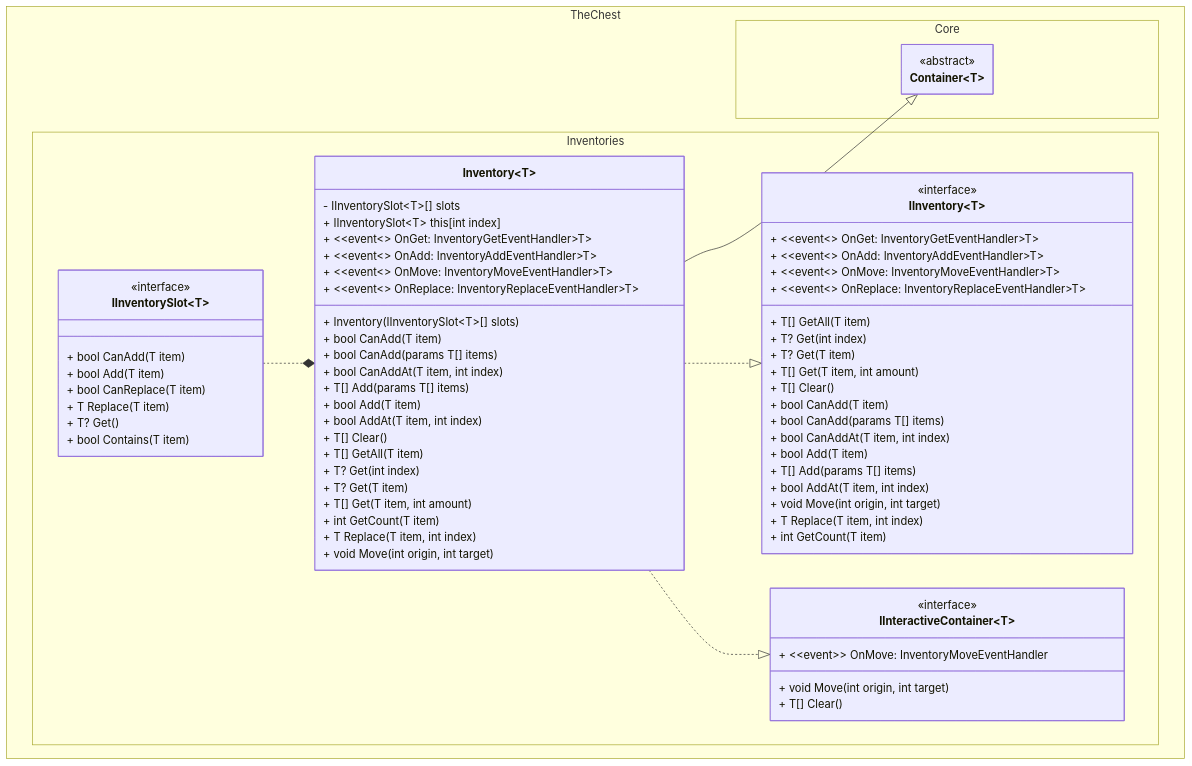
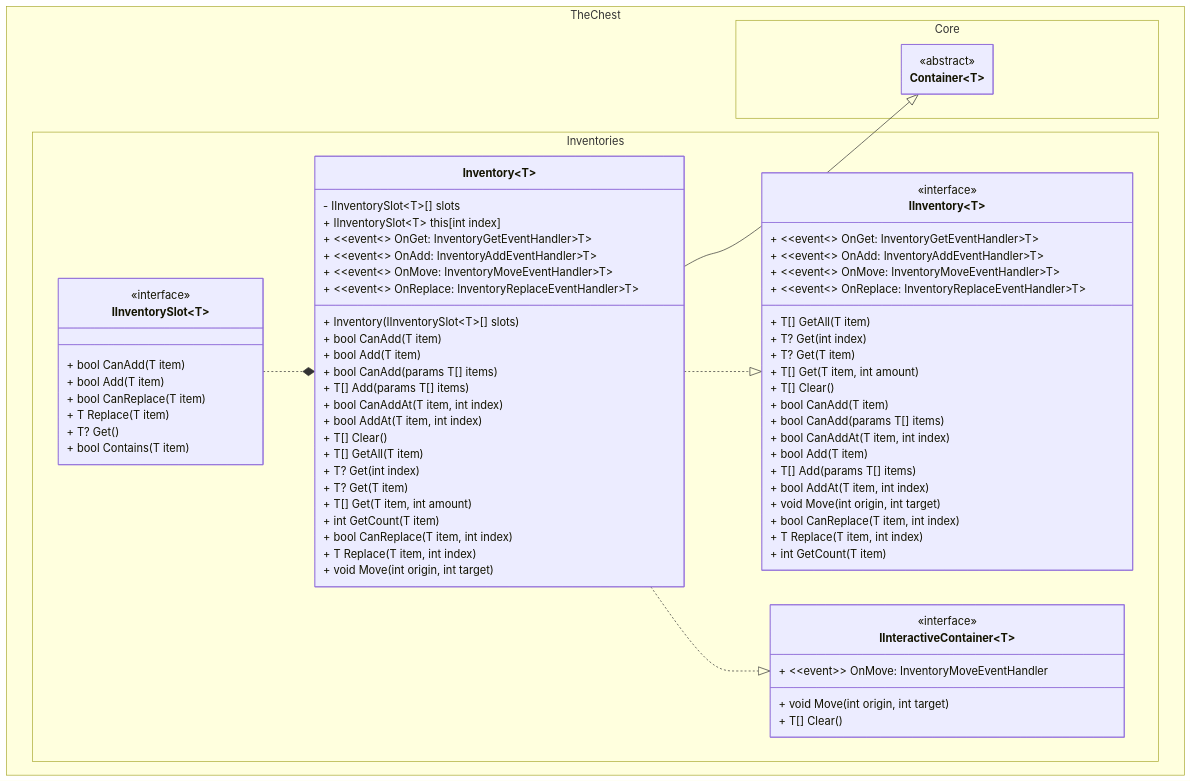
One commit to The-Chest/TheChest.Inventories changed the first of 2 diagrams in docs/inventory/class_diagram.md. Above: the diagram before and after it, drawn with Mermaid. The commit also changed other lines of this file, not shown here.

Commit message:
Adds CanReplace in class_diagram.md

```diff
--- a/docs/inventory/class_diagram.md
+++ b/docs/inventory/class_diagram.md
@@ -39,6 +39,7 @@
 
 	        + void Move(int origin, int target)
 
+	        + bool CanReplace(T item, int index)
 	        + T Replace(T item, int index)
 
 	        + int GetCount(T item)
@@ -56,18 +57,21 @@
         class Inventory~T~ {
 	        - IInventorySlot~T~[] slots
 	        + IInventorySlot~T~ this[int index]
+
 	        + ~~event~~ OnGet: InventoryGetEventHandler~T~ 
 	        + ~~event~~ OnAdd: InventoryAddEventHandler~T~ 
 	        + ~~event~~ OnMove: InventoryMoveEventHandler~T~ 
 	        + ~~event~~ OnReplace: InventoryReplaceEventHandler~T~ 
-	        + Inventory(IInventorySlot~T~[] slots)
+	        
+			+ Inventory(IInventorySlot~T~[] slots)
 
 	        + bool CanAdd(T item)
+	        + bool Add(T item)
+
 	        + bool CanAdd(params T[] items)
+            + T[] Add(params T[] items)
+
 	        + bool CanAddAt(T item, int index)
-
-            + T[] Add(params T[] items)
-	        + bool Add(T item)
 	        + bool AddAt(T item, int index)
 
 	        + T[] Clear()
@@ -79,6 +83,7 @@
 
 	        + int GetCount(T item)
 
+	        + bool CanReplace(T item, int index)
 	        + T Replace(T item, int index)
 
 	        + void Move(int origin, int target)
```
